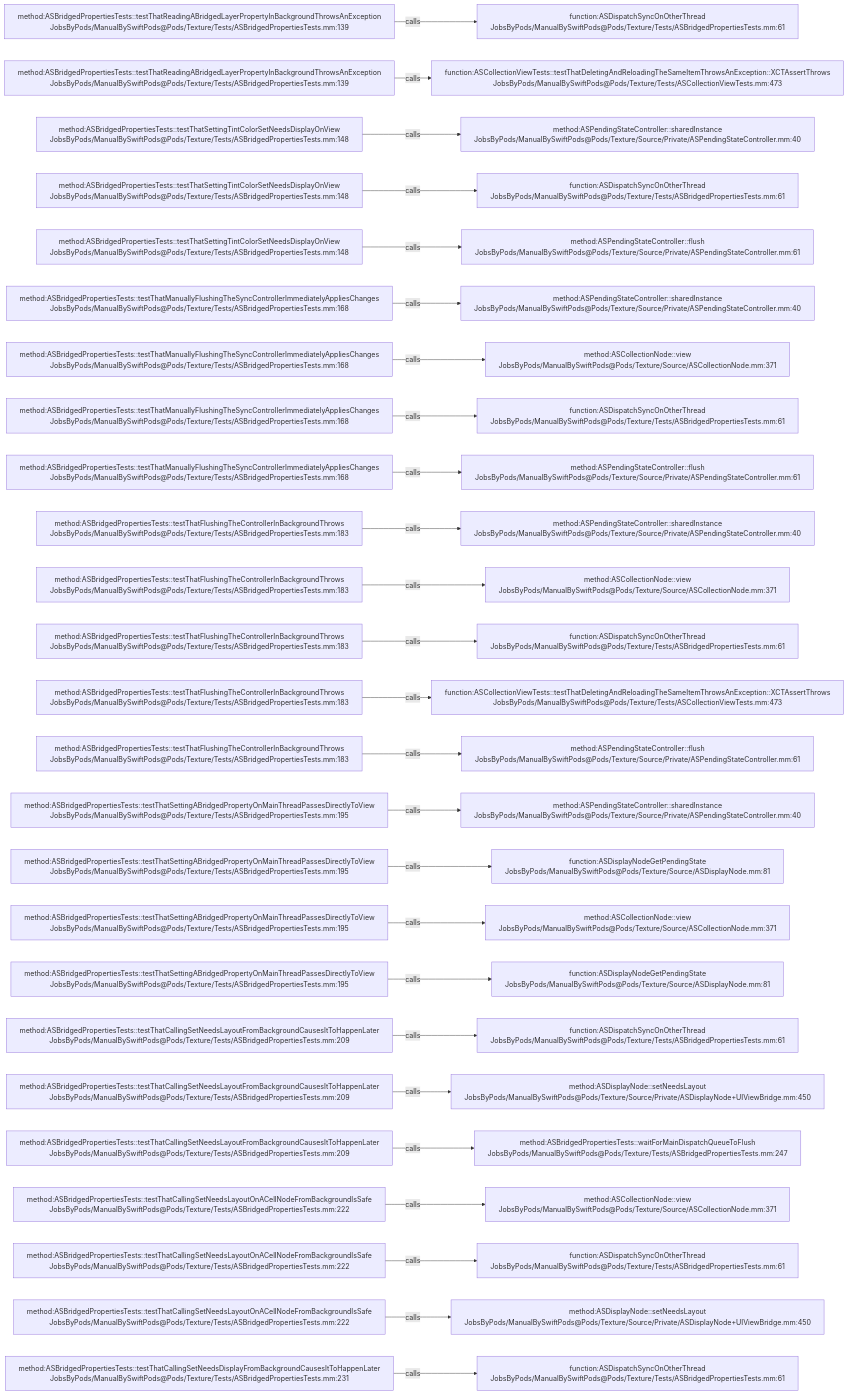
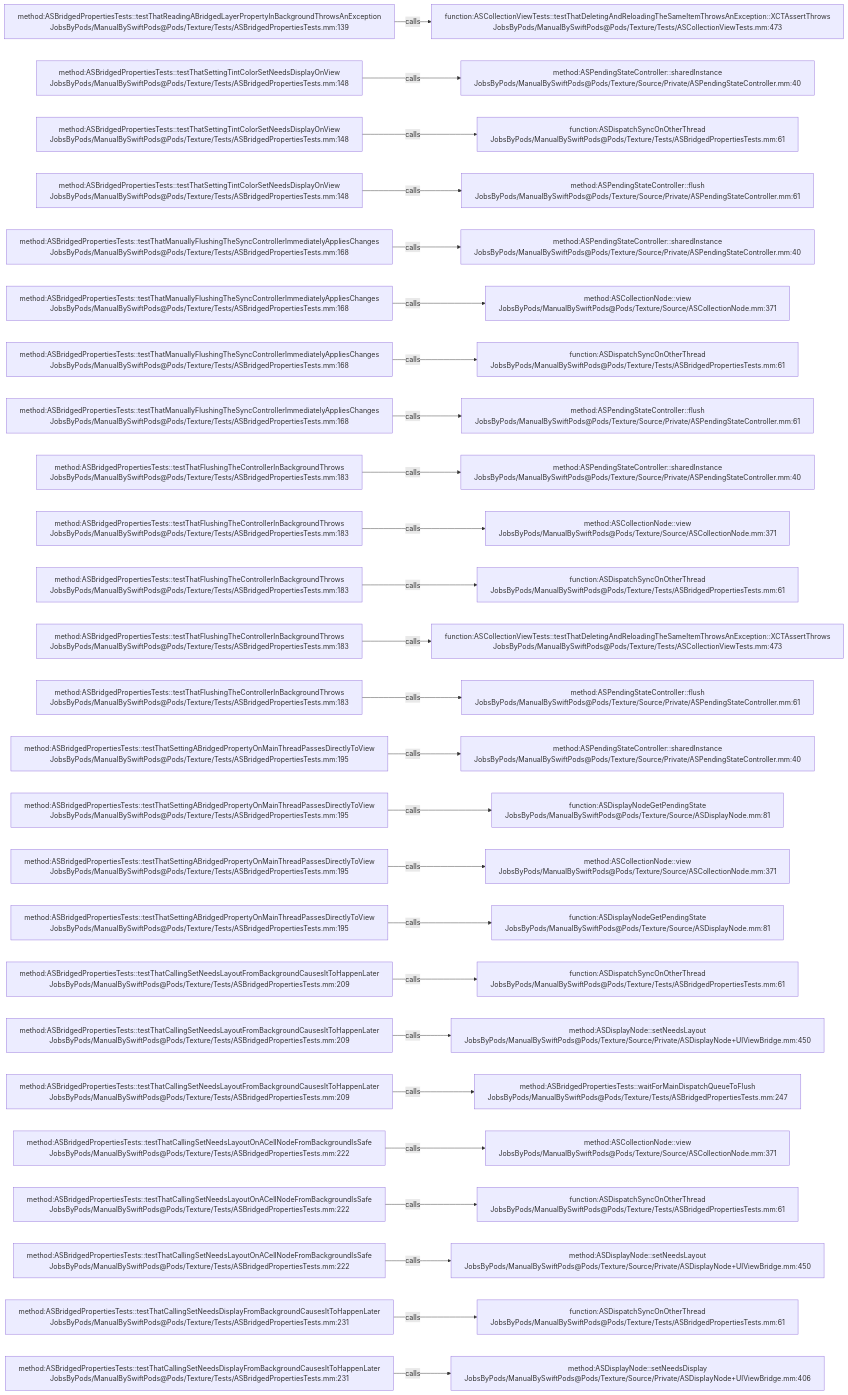
The diagram in .codegraph/codegraph.md/graphs/calls-164.md (JobsKits/JobsSwiftBaseConfigDemo), drawn with Mermaid before and after one commit. The commit also changed 747 other files, not shown here.

````diff
--- a/.codegraph/codegraph.md/graphs/calls-164.md
+++ b/.codegraph/codegraph.md/graphs/calls-164.md
@@ -13,78 +13,78 @@
 ```mermaid
 flowchart LR
   S1["method:ASBridgedPropertiesTests::testThatReadingABridgedLayerPropertyInBackgroundThrowsAnException<br/>JobsByPods/ManualBySwiftPods@Pods/Texture/Tests/ASBridgedPropertiesTests.mm:139"]
-  T1["function:ASDispatchSyncOnOtherThread<br/>JobsByPods/ManualBySwiftPods@Pods/Texture/Tests/ASBridgedPropertiesTests.mm:61"]
+  T1["function:ASCollectionViewTests::testThatDeletingAndReloadingTheSameItemThrowsAnException::XCTAssertThrows<br/>JobsByPods/ManualBySwiftPods@Pods/Texture/Tests/ASCollectionViewTests.mm:473"]
   S1 -->|calls| T1
-  S2["method:ASBridgedPropertiesTests::testThatReadingABridgedLayerPropertyInBackgroundThrowsAnException<br/>JobsByPods/ManualBySwiftPods@Pods/Texture/Tests/ASBridgedPropertiesTests.mm:139"]
-  T2["function:ASCollectionViewTests::testThatDeletingAndReloadingTheSameItemThrowsAnException::XCTAssertThrows<br/>JobsByPods/ManualBySwiftPods@Pods/Texture/Tests/ASCollectionViewTests.mm:473"]
+  S2["method:ASBridgedPropertiesTests::testThatSettingTintColorSetNeedsDisplayOnView<br/>JobsByPods/ManualBySwiftPods@Pods/Texture/Tests/ASBridgedPropertiesTests.mm:148"]
+  T2["method:ASPendingStateController::sharedInstance<br/>JobsByPods/ManualBySwiftPods@Pods/Texture/Source/Private/ASPendingStateController.mm:40"]
   S2 -->|calls| T2
   S3["method:ASBridgedPropertiesTests::testThatSettingTintColorSetNeedsDisplayOnView<br/>JobsByPods/ManualBySwiftPods@Pods/Texture/Tests/ASBridgedPropertiesTests.mm:148"]
-  T3["method:ASPendingStateController::sharedInstance<br/>JobsByPods/ManualBySwiftPods@Pods/Texture/Source/Private/ASPendingStateController.mm:40"]
+  T3["function:ASDispatchSyncOnOtherThread<br/>JobsByPods/ManualBySwiftPods@Pods/Texture/Tests/ASBridgedPropertiesTests.mm:61"]
   S3 -->|calls| T3
   S4["method:ASBridgedPropertiesTests::testThatSettingTintColorSetNeedsDisplayOnView<br/>JobsByPods/ManualBySwiftPods@Pods/Texture/Tests/ASBridgedPropertiesTests.mm:148"]
-  T4["function:ASDispatchSyncOnOtherThread<br/>JobsByPods/ManualBySwiftPods@Pods/Texture/Tests/ASBridgedPropertiesTests.mm:61"]
+  T4["method:ASPendingStateController::flush<br/>JobsByPods/ManualBySwiftPods@Pods/Texture/Source/Private/ASPendingStateController.mm:61"]
   S4 -->|calls| T4
-  S5["method:ASBridgedPropertiesTests::testThatSettingTintColorSetNeedsDisplayOnView<br/>JobsByPods/ManualBySwiftPods@Pods/Texture/Tests/ASBridgedPropertiesTests.mm:148"]
-  T5["method:ASPendingStateController::flush<br/>JobsByPods/ManualBySwiftPods@Pods/Texture/Source/Private/ASPendingStateController.mm:61"]
+  S5["method:ASBridgedPropertiesTests::testThatManuallyFlushingTheSyncControllerImmediatelyAppliesChanges<br/>JobsByPods/ManualBySwiftPods@Pods/Texture/Tests/ASBridgedPropertiesTests.mm:168"]
+  T5["method:ASPendingStateController::sharedInstance<br/>JobsByPods/ManualBySwiftPods@Pods/Texture/Source/Private/ASPendingStateController.mm:40"]
   S5 -->|calls| T5
   S6["method:ASBridgedPropertiesTests::testThatManuallyFlushingTheSyncControllerImmediatelyAppliesChanges<br/>JobsByPods/ManualBySwiftPods@Pods/Texture/Tests/ASBridgedPropertiesTests.mm:168"]
-  T6["method:ASPendingStateController::sharedInstance<br/>JobsByPods/ManualBySwiftPods@Pods/Texture/Source/Private/ASPendingStateController.mm:40"]
+  T6["method:ASCollectionNode::view<br/>JobsByPods/ManualBySwiftPods@Pods/Texture/Source/ASCollectionNode.mm:371"]
   S6 -->|calls| T6
   S7["method:ASBridgedPropertiesTests::testThatManuallyFlushingTheSyncControllerImmediatelyAppliesChanges<br/>JobsByPods/ManualBySwiftPods@Pods/Texture/Tests/ASBridgedPropertiesTests.mm:168"]
-  T7["method:ASCollectionNode::view<br/>JobsByPods/ManualBySwiftPods@Pods/Texture/Source/ASCollectionNode.mm:371"]
+  T7["function:ASDispatchSyncOnOtherThread<br/>JobsByPods/ManualBySwiftPods@Pods/Texture/Tests/ASBridgedPropertiesTests.mm:61"]
   S7 -->|calls| T7
   S8["method:ASBridgedPropertiesTests::testThatManuallyFlushingTheSyncControllerImmediatelyAppliesChanges<br/>JobsByPods/ManualBySwiftPods@Pods/Texture/Tests/ASBridgedPropertiesTests.mm:168"]
-  T8["function:ASDispatchSyncOnOtherThread<br/>JobsByPods/ManualBySwiftPods@Pods/Texture/Tests/ASBridgedPropertiesTests.mm:61"]
+  T8["method:ASPendingStateController::flush<br/>JobsByPods/ManualBySwiftPods@Pods/Texture/Source/Private/ASPendingStateController.mm:61"]
   S8 -->|calls| T8
-  S9["method:ASBridgedPropertiesTests::testThatManuallyFlushingTheSyncControllerImmediatelyAppliesChanges<br/>JobsByPods/ManualBySwiftPods@Pods/Texture/Tests/ASBridgedPropertiesTests.mm:168"]
-  T9["method:ASPendingStateController::flush<br/>JobsByPods/ManualBySwiftPods@Pods/Texture/Source/Private/ASPendingStateController.mm:61"]
+  S9["method:ASBridgedPropertiesTests::testThatFlushingTheControllerInBackgroundThrows<br/>JobsByPods/ManualBySwiftPods@Pods/Texture/Tests/ASBridgedPropertiesTests.mm:183"]
+  T9["method:ASPendingStateController::sharedInstance<br/>JobsByPods/ManualBySwiftPods@Pods/Texture/Source/Private/ASPendingStateController.mm:40"]
   S9 -->|calls| T9
   S10["method:ASBridgedPropertiesTests::testThatFlushingTheControllerInBackgroundThrows<br/>JobsByPods/ManualBySwiftPods@Pods/Texture/Tests/ASBridgedPropertiesTests.mm:183"]
-  T10["method:ASPendingStateController::sharedInstance<br/>JobsByPods/ManualBySwiftPods@Pods/Texture/Source/Private/ASPendingStateController.mm:40"]
+  T10["method:ASCollectionNode::view<br/>JobsByPods/ManualBySwiftPods@Pods/Texture/Source/ASCollectionNode.mm:371"]
   S10 -->|calls| T10
   S11["method:ASBridgedPropertiesTests::testThatFlushingTheControllerInBackgroundThrows<br/>JobsByPods/ManualBySwiftPods@Pods/Texture/Tests/ASBridgedPropertiesTests.mm:183"]
-  T11["method:ASCollectionNode::view<br/>JobsByPods/ManualBySwiftPods@Pods/Texture/Source/ASCollectionNode.mm:371"]
+  T11["function:ASDispatchSyncOnOtherThread<br/>JobsByPods/ManualBySwiftPods@Pods/Texture/Tests/ASBridgedPropertiesTests.mm:61"]
   S11 -->|calls| T11
   S12["method:ASBridgedPropertiesTests::testThatFlushingTheControllerInBackgroundThrows<br/>JobsByPods/ManualBySwiftPods@Pods/Texture/Tests/ASBridgedPropertiesTests.mm:183"]
-  T12["function:ASDispatchSyncOnOtherThread<br/>JobsByPods/ManualBySwiftPods@Pods/Texture/Tests/ASBridgedPropertiesTests.mm:61"]
+  T12["function:ASCollectionViewTests::testThatDeletingAndReloadingTheSameItemThrowsAnException::XCTAssertThrows<br/>JobsByPods/ManualBySwiftPods@Pods/Texture/Tests/ASCollectionViewTests.mm:473"]
   S12 -->|calls| T12
   S13["method:ASBridgedPropertiesTests::testThatFlushingTheControllerInBackgroundThrows<br/>JobsByPods/ManualBySwiftPods@Pods/Texture/Tests/ASBridgedPropertiesTests.mm:183"]
-  T13["function:ASCollectionViewTests::testThatDeletingAndReloadingTheSameItemThrowsAnException::XCTAssertThrows<br/>JobsByPods/ManualBySwiftPods@Pods/Texture/Tests/ASCollectionViewTests.mm:473"]
+  T13["method:ASPendingStateController::flush<br/>JobsByPods/ManualBySwiftPods@Pods/Texture/Source/Private/ASPendingStateController.mm:61"]
   S13 -->|calls| T13
-  S14["method:ASBridgedPropertiesTests::testThatFlushingTheControllerInBackgroundThrows<br/>JobsByPods/ManualBySwiftPods@Pods/Texture/Tests/ASBridgedPropertiesTests.mm:183"]
-  T14["method:ASPendingStateController::flush<br/>JobsByPods/ManualBySwiftPods@Pods/Texture/Source/Private/ASPendingStateController.mm:61"]
+  S14["method:ASBridgedPropertiesTests::testThatSettingABridgedPropertyOnMainThreadPassesDirectlyToView<br/>JobsByPods/ManualBySwiftPods@Pods/Texture/Tests/ASBridgedPropertiesTests.mm:195"]
+  T14["method:ASPendingStateController::sharedInstance<br/>JobsByPods/ManualBySwiftPods@Pods/Texture/Source/Private/ASPendingStateController.mm:40"]
   S14 -->|calls| T14
   S15["method:ASBridgedPropertiesTests::testThatSettingABridgedPropertyOnMainThreadPassesDirectlyToView<br/>JobsByPods/ManualBySwiftPods@Pods/Texture/Tests/ASBridgedPropertiesTests.mm:195"]
-  T15["method:ASPendingStateController::sharedInstance<br/>JobsByPods/ManualBySwiftPods@Pods/Texture/Source/Private/ASPendingStateController.mm:40"]
+  T15["function:ASDisplayNodeGetPendingState<br/>JobsByPods/ManualBySwiftPods@Pods/Texture/Source/ASDisplayNode.mm:81"]
   S15 -->|calls| T15
   S16["method:ASBridgedPropertiesTests::testThatSettingABridgedPropertyOnMainThreadPassesDirectlyToView<br/>JobsByPods/ManualBySwiftPods@Pods/Texture/Tests/ASBridgedPropertiesTests.mm:195"]
-  T16["function:ASDisplayNodeGetPendingState<br/>JobsByPods/ManualBySwiftPods@Pods/Texture/Source/ASDisplayNode.mm:81"]
+  T16["method:ASCollectionNode::view<br/>JobsByPods/ManualBySwiftPods@Pods/Texture/Source/ASCollectionNode.mm:371"]
   S16 -->|calls| T16
   S17["method:ASBridgedPropertiesTests::testThatSettingABridgedPropertyOnMainThreadPassesDirectlyToView<br/>JobsByPods/ManualBySwiftPods@Pods/Texture/Tests/ASBridgedPropertiesTests.mm:195"]
-  T17["method:ASCollectionNode::view<br/>JobsByPods/ManualBySwiftPods@Pods/Texture/Source/ASCollectionNode.mm:371"]
+  T17["function:ASDisplayNodeGetPendingState<br/>JobsByPods/ManualBySwiftPods@Pods/Texture/Source/ASDisplayNode.mm:81"]
   S17 -->|calls| T17
-  S18["method:ASBridgedPropertiesTests::testThatSettingABridgedPropertyOnMainThreadPassesDirectlyToView<br/>JobsByPods/ManualBySwiftPods@Pods/Texture/Tests/ASBridgedPropertiesTests.mm:195"]
-  T18["function:ASDisplayNodeGetPendingState<br/>JobsByPods/ManualBySwiftPods@Pods/Texture/Source/ASDisplayNode.mm:81"]
+  S18["method:ASBridgedPropertiesTests::testThatCallingSetNeedsLayoutFromBackgroundCausesItToHappenLater<br/>JobsByPods/ManualBySwiftPods@Pods/Texture/Tests/ASBridgedPropertiesTests.mm:209"]
+  T18["function:ASDispatchSyncOnOtherThread<br/>JobsByPods/ManualBySwiftPods@Pods/Texture/Tests/ASBridgedPropertiesTests.mm:61"]
   S18 -->|calls| T18
   S19["method:ASBridgedPropertiesTests::testThatCallingSetNeedsLayoutFromBackgroundCausesItToHappenLater<br/>JobsByPods/ManualBySwiftPods@Pods/Texture/Tests/ASBridgedPropertiesTests.mm:209"]
-  T19["function:ASDispatchSyncOnOtherThread<br/>JobsByPods/ManualBySwiftPods@Pods/Texture/Tests/ASBridgedPropertiesTests.mm:61"]
+  T19["method:ASDisplayNode::setNeedsLayout<br/>JobsByPods/ManualBySwiftPods@Pods/Texture/Source/Private/ASDisplayNode+UIViewBridge.mm:450"]
   S19 -->|calls| T19
   S20["method:ASBridgedPropertiesTests::testThatCallingSetNeedsLayoutFromBackgroundCausesItToHappenLater<br/>JobsByPods/ManualBySwiftPods@Pods/Texture/Tests/ASBridgedPropertiesTests.mm:209"]
-  T20["method:ASDisplayNode::setNeedsLayout<br/>JobsByPods/ManualBySwiftPods@Pods/Texture/Source/Private/ASDisplayNode+UIViewBridge.mm:450"]
+  T20["method:ASBridgedPropertiesTests::waitForMainDispatchQueueToFlush<br/>JobsByPods/ManualBySwiftPods@Pods/Texture/Tests/ASBridgedPropertiesTests.mm:247"]
   S20 -->|calls| T20
-  S21["method:ASBridgedPropertiesTests::testThatCallingSetNeedsLayoutFromBackgroundCausesItToHappenLater<br/>JobsByPods/ManualBySwiftPods@Pods/Texture/Tests/ASBridgedPropertiesTests.mm:209"]
-  T21["method:ASBridgedPropertiesTests::waitForMainDispatchQueueToFlush<br/>JobsByPods/ManualBySwiftPods@Pods/Texture/Tests/ASBridgedPropertiesTests.mm:247"]
+  S21["method:ASBridgedPropertiesTests::testThatCallingSetNeedsLayoutOnACellNodeFromBackgroundIsSafe<br/>JobsByPods/ManualBySwiftPods@Pods/Texture/Tests/ASBridgedPropertiesTests.mm:222"]
+  T21["method:ASCollectionNode::view<br/>JobsByPods/ManualBySwiftPods@Pods/Texture/Source/ASCollectionNode.mm:371"]
   S21 -->|calls| T21
   S22["method:ASBridgedPropertiesTests::testThatCallingSetNeedsLayoutOnACellNodeFromBackgroundIsSafe<br/>JobsByPods/ManualBySwiftPods@Pods/Texture/Tests/ASBridgedPropertiesTests.mm:222"]
-  T22["method:ASCollectionNode::view<br/>JobsByPods/ManualBySwiftPods@Pods/Texture/Source/ASCollectionNode.mm:371"]
+  T22["function:ASDispatchSyncOnOtherThread<br/>JobsByPods/ManualBySwiftPods@Pods/Texture/Tests/ASBridgedPropertiesTests.mm:61"]
   S22 -->|calls| T22
   S23["method:ASBridgedPropertiesTests::testThatCallingSetNeedsLayoutOnACellNodeFromBackgroundIsSafe<br/>JobsByPods/ManualBySwiftPods@Pods/Texture/Tests/ASBridgedPropertiesTests.mm:222"]
-  T23["function:ASDispatchSyncOnOtherThread<br/>JobsByPods/ManualBySwiftPods@Pods/Texture/Tests/ASBridgedPropertiesTests.mm:61"]
+  T23["method:ASDisplayNode::setNeedsLayout<br/>JobsByPods/ManualBySwiftPods@Pods/Texture/Source/Private/ASDisplayNode+UIViewBridge.mm:450"]
   S23 -->|calls| T23
-  S24["method:ASBridgedPropertiesTests::testThatCallingSetNeedsLayoutOnACellNodeFromBackgroundIsSafe<br/>JobsByPods/ManualBySwiftPods@Pods/Texture/Tests/ASBridgedPropertiesTests.mm:222"]
-  T24["method:ASDisplayNode::setNeedsLayout<br/>JobsByPods/ManualBySwiftPods@Pods/Texture/Source/Private/ASDisplayNode+UIViewBridge.mm:450"]
+  S24["method:ASBridgedPropertiesTests::testThatCallingSetNeedsDisplayFromBackgroundCausesItToHappenLater<br/>JobsByPods/ManualBySwiftPods@Pods/Texture/Tests/ASBridgedPropertiesTests.mm:231"]
+  T24["function:ASDispatchSyncOnOtherThread<br/>JobsByPods/ManualBySwiftPods@Pods/Texture/Tests/ASBridgedPropertiesTests.mm:61"]
   S24 -->|calls| T24
   S25["method:ASBridgedPropertiesTests::testThatCallingSetNeedsDisplayFromBackgroundCausesItToHappenLater<br/>JobsByPods/ManualBySwiftPods@Pods/Texture/Tests/ASBridgedPropertiesTests.mm:231"]
-  T25["function:ASDispatchSyncOnOtherThread<br/>JobsByPods/ManualBySwiftPods@Pods/Texture/Tests/ASBridgedPropertiesTests.mm:61"]
+  T25["method:ASDisplayNode::setNeedsDisplay<br/>JobsByPods/ManualBySwiftPods@Pods/Texture/Source/Private/ASDisplayNode+UIViewBridge.mm:406"]
   S25 -->|calls| T25
 ```
````
